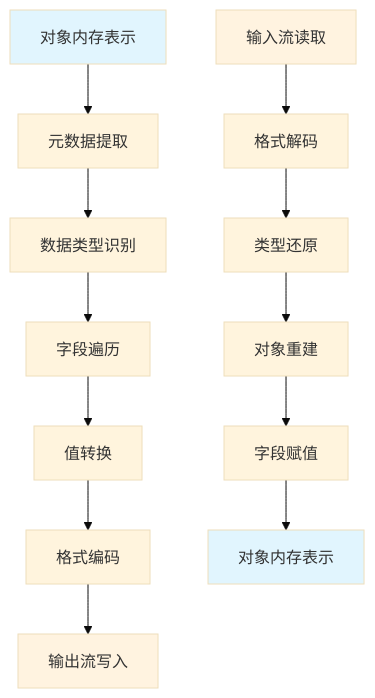
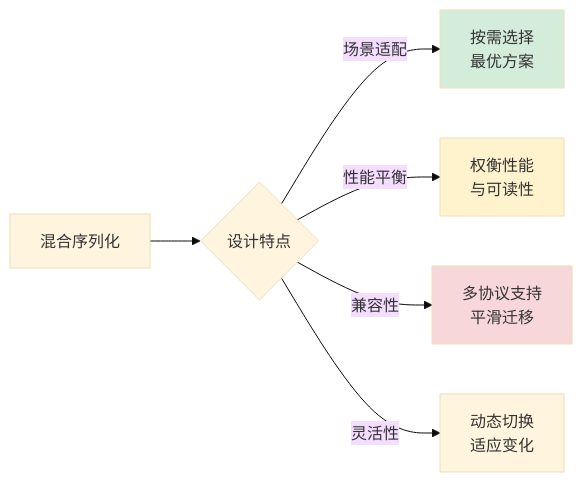
Before and after one commit to chongyang211/YCBookBlog: the ninth of 24 diagrams in 00.通用技术的提升/02.程序编程原理/05.序列化数据的思想.md, drawn with Mermaid (base theme). The commit also changed other lines of this file and 28 other files, not shown here.

````diff
--- a/00.通用技术的提升/02.程序编程原理/05.序列化数据的思想.md
+++ b/00.通用技术的提升/02.程序编程原理/05.序列化数据的思想.md
@@ -232,20 +399,12 @@
 ```mermaid
-graph TD
-    A[对象内存表示] --> B[元数据提取]
-    B --> C[数据类型识别]
-    C --> D[字段遍历]
-    D --> E[值转换]
-    E --> F[格式编码]
-    F --> G[输出流写入]
+graph LR
+    A[混合序列化] --> B{设计特点}
+    B -->|场景适配| C[按需选择<br/>最优方案]
+    B -->|性能平衡| D[权衡性能<br/>与可读性]
+    B -->|兼容性| E[多协议支持<br/>平滑迁移]
+    B -->|灵活性| F[动态切换<br/>适应变化]
     
-    H[输入流读取] --> I[格式解码]
-    I --> J[类型还原]
-    J --> K[对象重建]
-    K --> L[字段赋值]
-    L --> M[对象内存表示]
-    
-    style A fill:#e1f5fe
-    style M fill:#e1f5fe
-    style G fill:#fff3e0
-    style H fill:#fff3e0
+    style C fill:#d4edda
+    style D fill:#fff3cd
+    style E fill:#f8d7da
 ```
````
